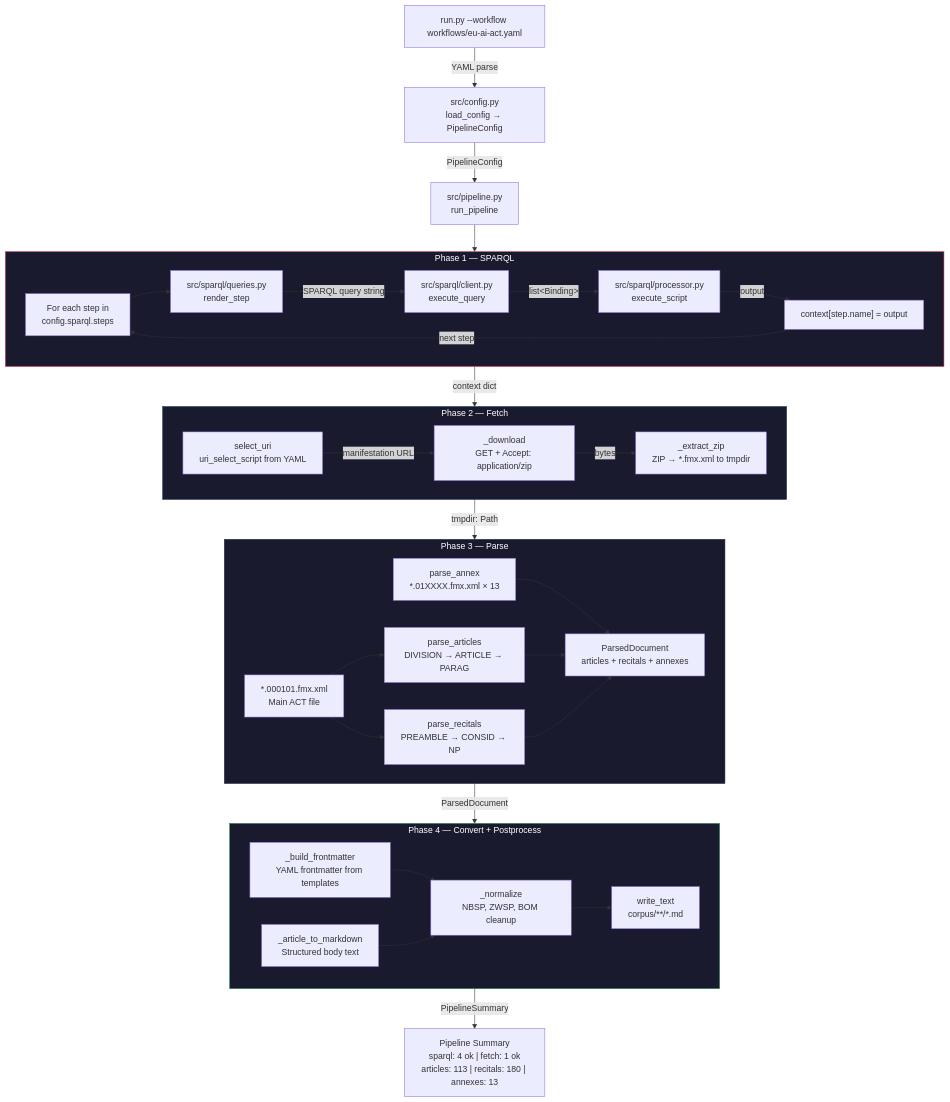
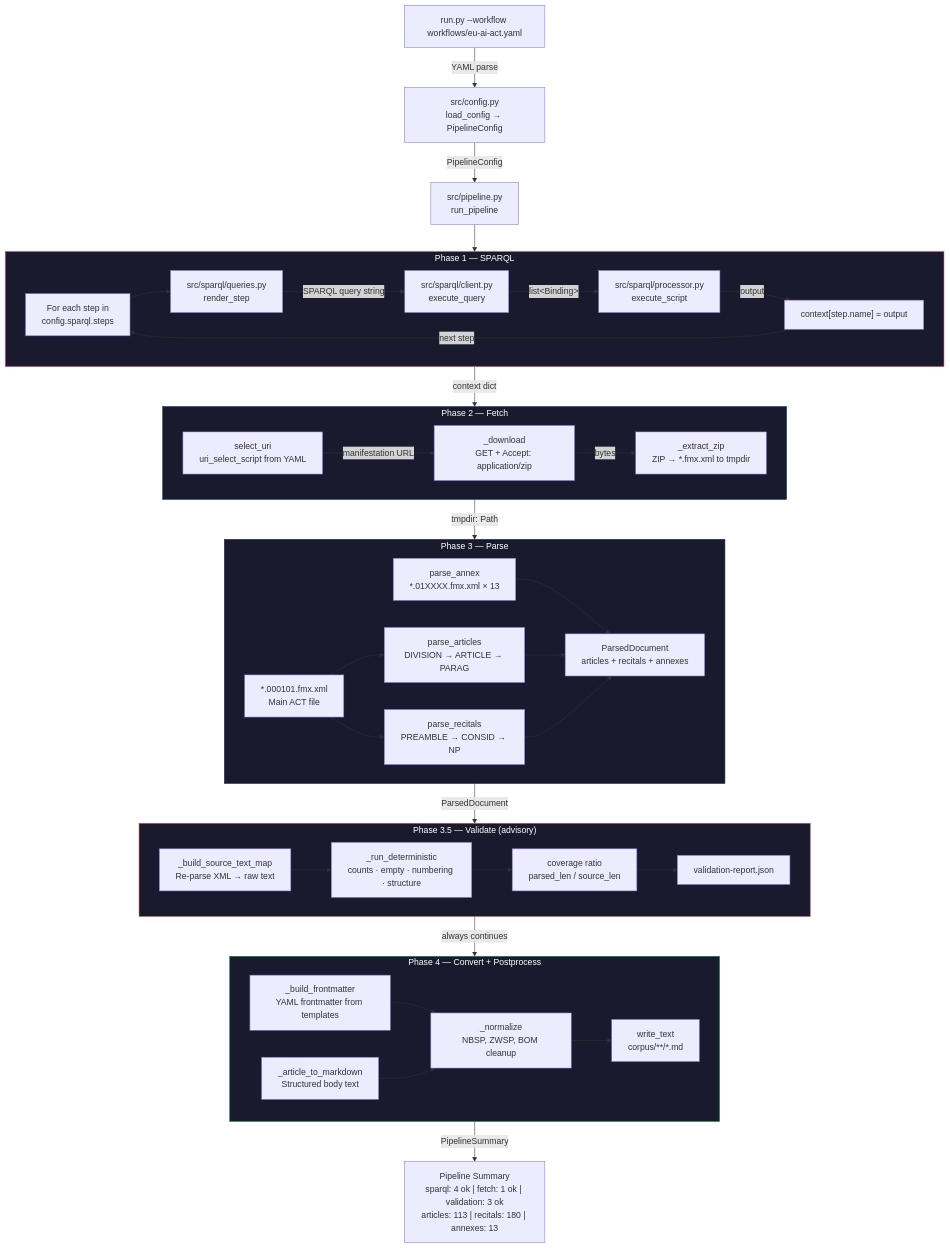
The first of 2 diagrams in README.md (ARAS-Workspace/eu-ai-act-rag), drawn with Mermaid before and after one commit. The commit also changed other lines of this file and 8 other files, not shown here.

First line of the commit message:
Add deterministic validation step and fix parser coverage gaps

````diff
--- a/README.md
+++ b/README.md
@@ -5,69 +5,80 @@
 ```mermaid
 flowchart TD
     CLI["run.py --workflow workflows/eu-ai-act.yaml"]
     CONFIG["src/config.py<br/>load_config → PipelineConfig"]
     PIPELINE["src/pipeline.py<br/>run_pipeline"]
 
     CLI -->|"YAML parse"| CONFIG
     CONFIG -->|"PipelineConfig"| PIPELINE
 
     subgraph PHASE_1 ["Phase 1 — SPARQL"]
         S_LOOP["For each step in<br/>config.sparql.steps"]
         S_RENDER["src/sparql/queries.py<br/>render_step"]
         S_QUERY["src/sparql/client.py<br/>execute_query"]
         S_SCRIPT["src/sparql/processor.py<br/>execute_script"]
         S_CTX["context[step.name] = output"]
 
         S_LOOP --> S_RENDER
         S_RENDER -->|"SPARQL query string"| S_QUERY
         S_QUERY -->|"list&lt;Binding&gt;"| S_SCRIPT
         S_SCRIPT -->|"output"| S_CTX
         S_CTX -->|"next step"| S_LOOP
     end
 
     subgraph PHASE_2 ["Phase 2 — Fetch"]
         F_URI["select_uri<br/>uri_select_script from YAML"]
         F_DL["_download<br/>GET + Accept: application/zip"]
         F_ZIP["_extract_zip<br/>ZIP → *.fmx.xml to tmpdir"]
 
         F_URI -->|"manifestation URL"| F_DL
         F_DL -->|"bytes"| F_ZIP
     end
 
     subgraph PHASE_3 ["Phase 3 — Parse"]
         P_ACT["*.000101.fmx.xml<br/>Main ACT file"]
         P_ART["parse_articles<br/>DIVISION → ARTICLE → PARAG"]
         P_REC["parse_recitals<br/>PREAMBLE → CONSID → NP"]
         P_ANX["parse_annex<br/>*.01XXXX.fmx.xml × 13"]
         P_DOC["ParsedDocument<br/>articles + recitals + annexes"]
 
         P_ACT --> P_ART
         P_ACT --> P_REC
         P_ANX --> P_DOC
         P_ART --> P_DOC
         P_REC --> P_DOC
     end
 
     subgraph PHASE_4 ["Phase 4 — Convert + Postprocess"]
         C_FM["_build_frontmatter<br/>YAML frontmatter from templates"]
         C_BODY["_article_to_markdown<br/>Structured body text"]
         C_NORM["_normalize<br/>NBSP, ZWSP, BOM cleanup"]
         C_WRITE["write_text<br/>corpus/**/*.md"]
 
         C_FM --> C_NORM
         C_BODY --> C_NORM
         C_NORM --> C_WRITE
     end
 
+    subgraph PHASE_V ["Phase 3.5 — Validate (advisory)"]
+        V_SRC["_build_source_text_map<br/>Re-parse XML → raw text"]
+        V_DET["_run_deterministic<br/>counts · empty · numbering · structure"]
+        V_COV["coverage ratio<br/>parsed_len / source_len"]
+        V_RPT["validation-report.json"]
+
+        V_SRC --> V_DET --> V_COV --> V_RPT
+    end
+
     PIPELINE --> PHASE_1
     PHASE_1 -->|"context dict"| PHASE_2
     PHASE_2 -->|"tmpdir: Path"| PHASE_3
-    PHASE_3 -->|"ParsedDocument"| PHASE_4
+    PHASE_3 -->|"ParsedDocument"| PHASE_V
+    PHASE_V -->|"always continues"| PHASE_4
 
-    PHASE_4 -->|"PipelineSummary"| SUMMARY["Pipeline Summary<br/>sparql: 4 ok | fetch: 1 ok<br/>articles: 113 | recitals: 180 | annexes: 13"]
+    PHASE_4 -->|"PipelineSummary"| SUMMARY["Pipeline Summary<br/>sparql: 4 ok | fetch: 1 ok | validation: 3 ok<br/>articles: 113 | recitals: 180 | annexes: 13"]
 
     style PHASE_1 fill:#1a1a2e,stroke:#e94560,color:#fff
     style PHASE_2 fill:#1a1a2e,stroke:#0f3460,color:#fff
     style PHASE_3 fill:#1a1a2e,stroke:#16213e,color:#fff
+    style PHASE_V fill:#1a1a2e,stroke:#c0392b,color:#fff
     style PHASE_4 fill:#1a1a2e,stroke:#1a8a42,color:#fff
 ```
````
